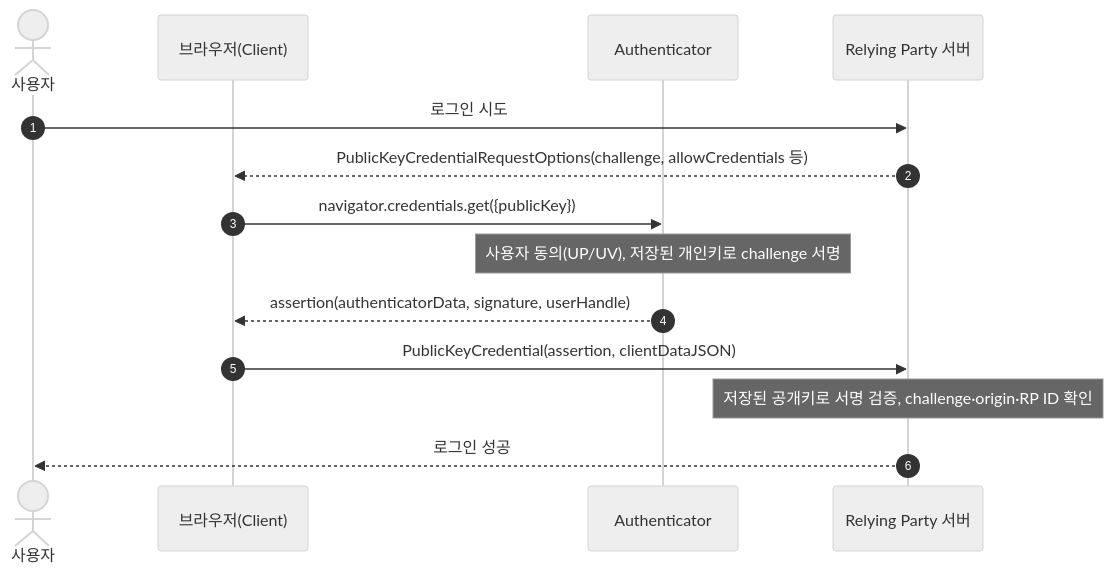
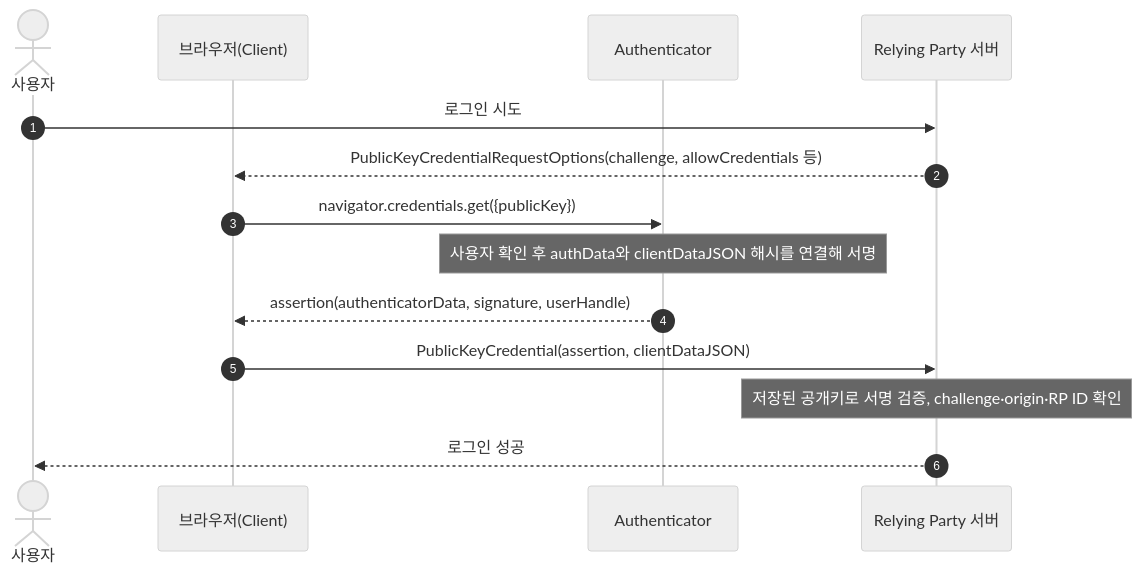
One commit to jinyong-go/llm-wiki changed the second of 2 diagrams in wiki/security/web/webauthn.md. Above: the diagram before and after it, drawn with Mermaid (neutral theme). The commit also changed other lines of this file and 25 other files, not shown here.

````diff
--- a/wiki/security/web/webauthn.md
+++ b/wiki/security/web/webauthn.md
@@ -85,17 +88,17 @@
 ```mermaid
 sequenceDiagram
     autonumber
     actor U as 사용자
     participant B as 브라우저(Client)
     participant A as Authenticator
     participant RP as Relying Party 서버
 
     U->>RP: 로그인 시도
     RP-->>B: PublicKeyCredentialRequestOptions(challenge, allowCredentials 등)
     B->>A: navigator.credentials.get({publicKey})
-    Note over A: 사용자 동의(UP/UV), 저장된 개인키로 challenge 서명
+    Note over A: 사용자 확인 후 authData와 clientDataJSON 해시를 연결해 서명
     A-->>B: assertion(authenticatorData, signature, userHandle)
     B->>RP: PublicKeyCredential(assertion, clientDataJSON)
     Note over RP: 저장된 공개키로 서명 검증, challenge·origin·RP ID 확인
     RP-->>U: 로그인 성공
 ```
````
